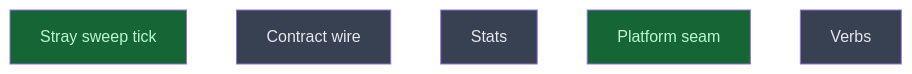
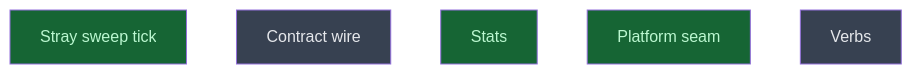
The diagram in __roadmap__/m3-lean-cli/README.md (CrackingShells/Candler), drawn with Mermaid before and after one commit. The commit also changed other lines of this file, not shown here.

Commit message:
rdm(cli): mark stats done

````diff
--- a/__roadmap__/m3-lean-cli/README.md
+++ b/__roadmap__/m3-lean-cli/README.md
@@ -137,13 +137,13 @@
 ```mermaid
 graph TD
     stray_sweep_tick[Stray sweep tick]:::done
     contract_wire[Contract wire]:::planned
-    stats[Stats]:::planned
+    stats[Stats]:::done
     platform_seam[Platform seam]:::done
     verbs[Verbs]:::planned
     classDef done       fill:#166534,color:#bbf7d0
     classDef inprogress fill:#854d0e,color:#fef08a
     classDef planned    fill:#374151,color:#e5e7eb
     classDef amendment  fill:#1e3a5f,color:#bfdbfe
     classDef blocked    fill:#7f1d1d,color:#fecaca
 ```
````
